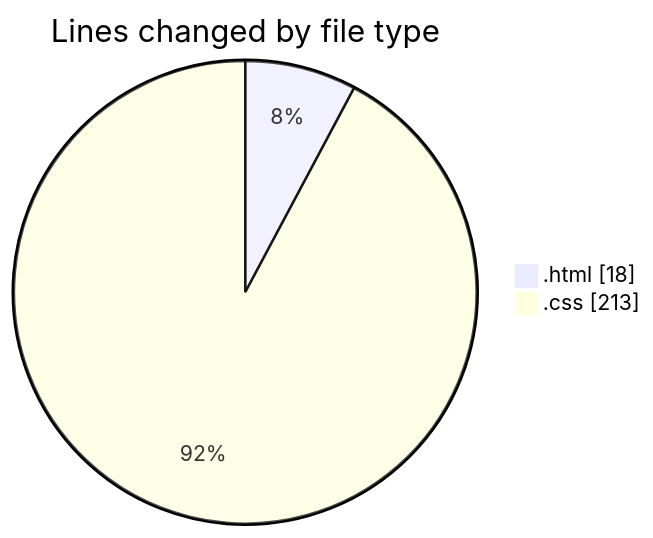
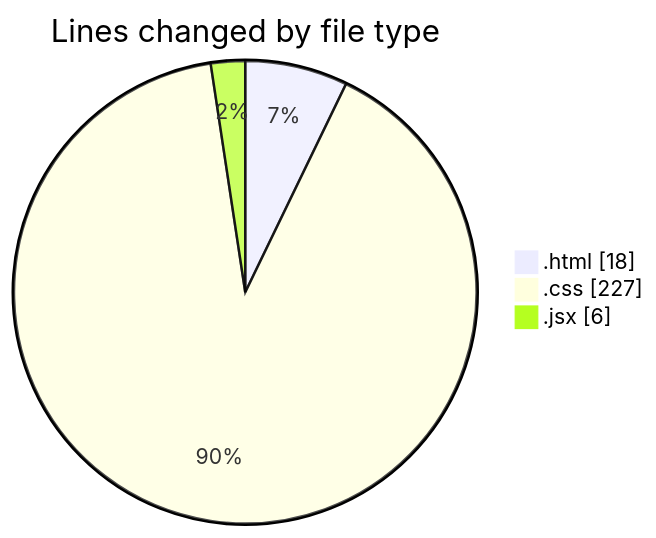
One commit to Ritupan-Deka/code-tracking changed the first of 2 diagrams in 2025-05-26/projects/README.md. Above: the diagram before and after it, drawn with Mermaid. The commit also changed other lines of this file and 1 other file, not shown here.

````diff
--- a/2025-05-26/projects/README.md
+++ b/2025-05-26/projects/README.md
@@ -22,6 +23,7 @@
 ```mermaid
 pie showData
 title Lines changed by file type
 ".html" : 18
-".css" : 213
+".css" : 227
+".jsx" : 6
 ```
````
